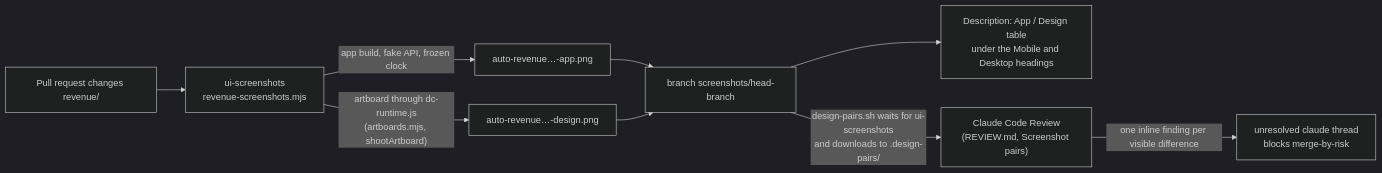
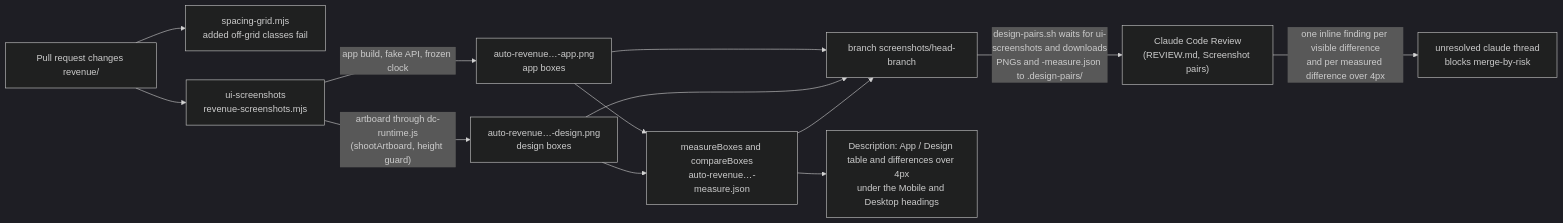
Before and after one commit to AbnerWillclefy/Homeowner: the sixth of 6 diagrams in docs/architecture/revenue.md, drawn with Mermaid (dark theme). The commit also changed other lines of this file and 1 other file, not shown here.

Commit message:
docs(architecture): revenue design check covers the spacing and height guards and the measurement; index lists adrs 0029 and 0030 (#927)

````diff
--- a/docs/architecture/revenue.md
+++ b/docs/architecture/revenue.md
@@ -235,11 +235,15 @@
 ```mermaid
 flowchart LR
-  PR["Pull request changes revenue/"] --> UI["ui-screenshots<br/>revenue-screenshots.mjs"]
-  UI -->|"app build, fake API, frozen clock"| A["auto-revenue…-app.png"]
-  UI -->|"artboard through dc-runtime.js<br/>(artboards.mjs, shootArtboard)"| D["auto-revenue…-design.png"]
+  PR["Pull request changes revenue/"] --> SG["spacing-grid.mjs<br/>added off-grid classes fail"]
+  PR --> UI["ui-screenshots<br/>revenue-screenshots.mjs"]
+  UI -->|"app build, fake API, frozen clock"| A["auto-revenue…-app.png<br/>app boxes"]
+  UI -->|"artboard through dc-runtime.js<br/>(shootArtboard, height guard)"| D["auto-revenue…-design.png<br/>design boxes"]
+  A --> MS["measureBoxes and compareBoxes<br/>auto-revenue…-measure.json"]
+  D --> MS
   A --> BR["branch screenshots/head-branch"]
   D --> BR
-  BR --> DESC["Description: App / Design table<br/>under the Mobile and Desktop headings"]
-  BR -->|"design-pairs.sh waits for ui-screenshots<br/>and downloads to .design-pairs/"| REV["Claude Code Review<br/>(REVIEW.md, Screenshot pairs)"]
-  REV -->|"one inline finding per visible difference"| T["unresolved claude thread<br/>blocks merge-by-risk"]
+  MS --> BR
+  MS --> DESC["Description: App / Design table and differences over 4px<br/>under the Mobile and Desktop headings"]
+  BR -->|"design-pairs.sh waits for ui-screenshots and downloads<br/>PNGs and -measure.json to .design-pairs/"| REV["Claude Code Review<br/>(REVIEW.md, Screenshot pairs)"]
+  REV -->|"one inline finding per visible difference<br/>and per measured difference over 4px"| T["unresolved claude thread<br/>blocks merge-by-risk"]
 ```
````
